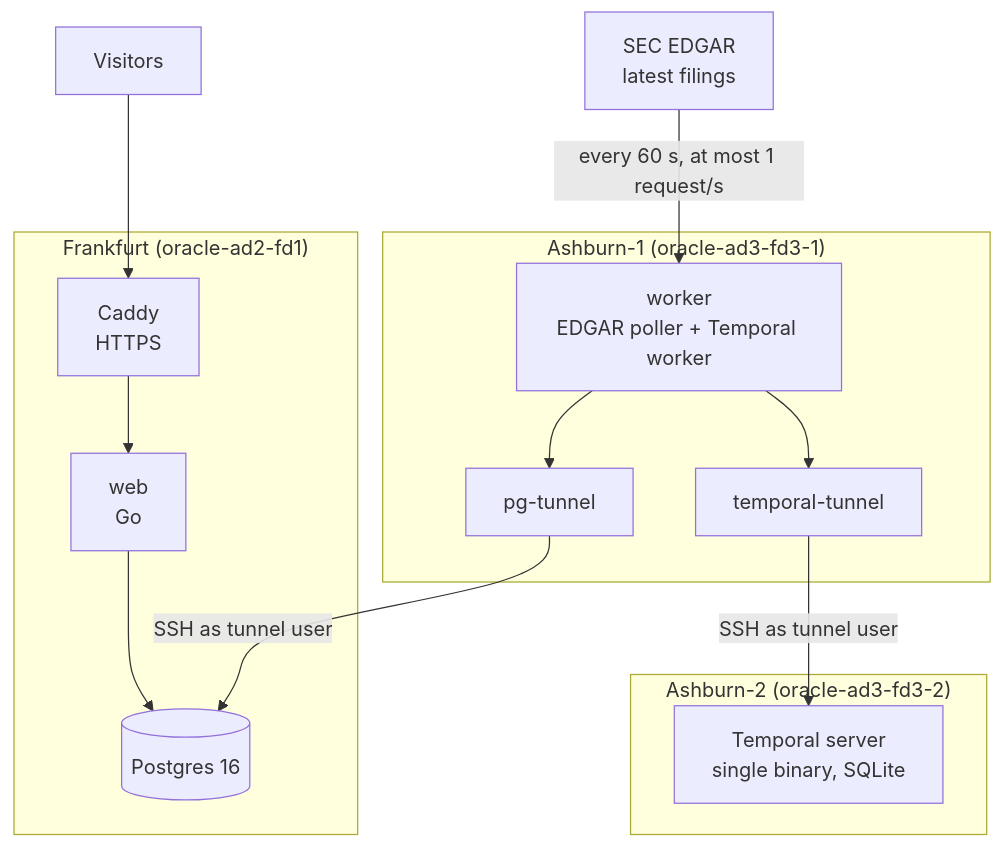
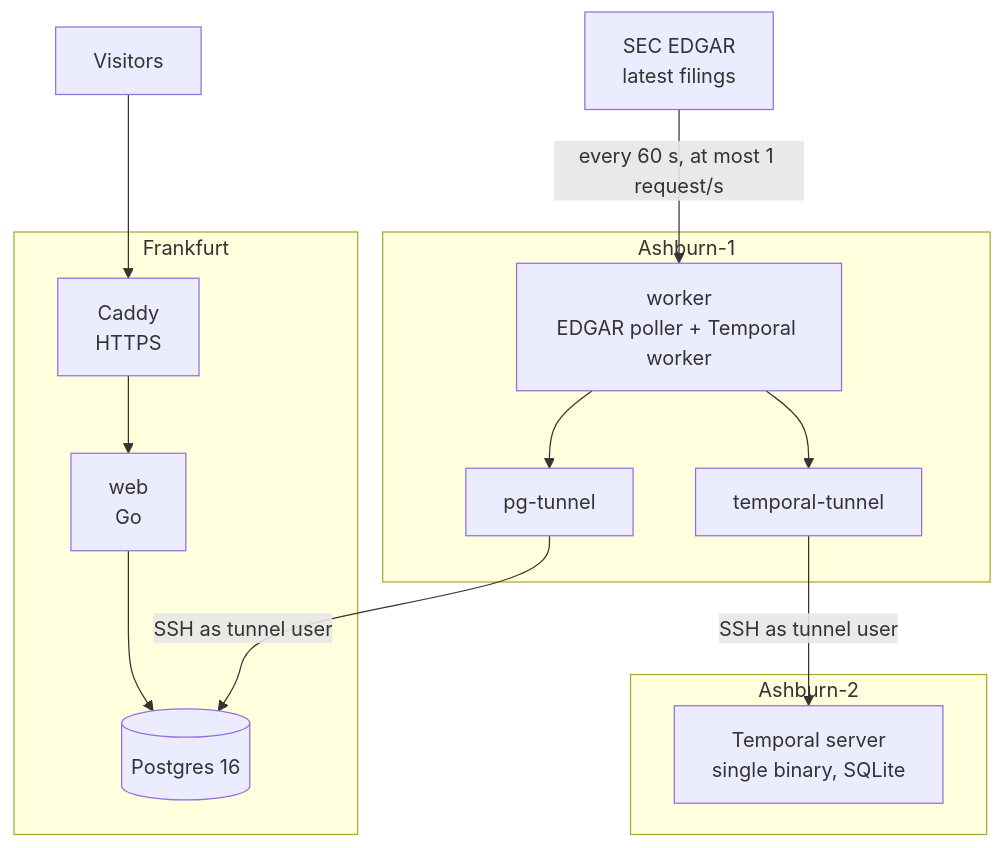
One commit to Yerassyl20036/filing-radar changed the diagram in README.md. Above: the diagram before and after it, drawn with Mermaid. The commit also changed other lines of this file and 13 other files, not shown here.

````diff
--- a/README.md
+++ b/README.md
@@ -20,19 +22,19 @@
 ```mermaid
 flowchart TD
-    subgraph FRA["Frankfurt (oracle-ad2-fd1)"]
+    subgraph FRA["Frankfurt"]
         CADDY["Caddy<br/>HTTPS"] --> WEB["web<br/>Go"]
         WEB --> PG[("Postgres 16")]
     end
     EDGAR["SEC EDGAR<br/>latest filings"]
-    subgraph AS1["Ashburn-1 (oracle-ad3-fd3-1)"]
+    subgraph AS1["Ashburn-1"]
         WORKER["worker<br/>EDGAR poller + Temporal worker"] --> T1["pg-tunnel"]
         WORKER --> T2["temporal-tunnel"]
     end
-    subgraph AS2["Ashburn-2 (oracle-ad3-fd3-2)"]
+    subgraph AS2["Ashburn-2"]
         TEMPORAL["Temporal server<br/>single binary, SQLite"]
     end
     USER["Visitors"] --> CADDY
     EDGAR -->|"every 60 s, at most 1 request/s"| WORKER
     T1 -->|"SSH as tunnel user"| PG
     T2 -->|"SSH as tunnel user"| TEMPORAL
 ```
````
